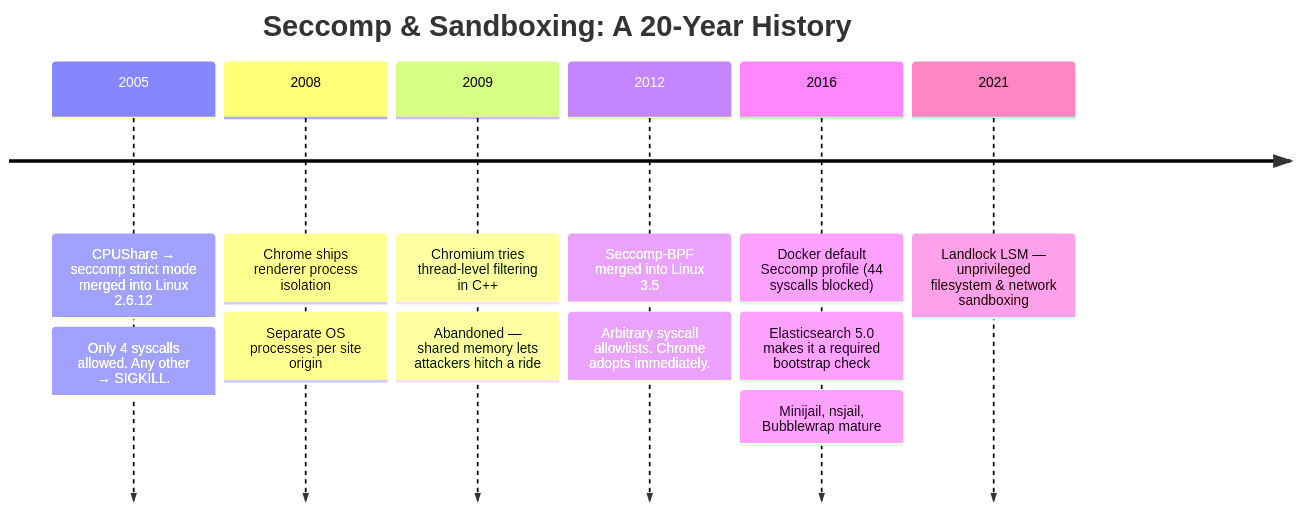
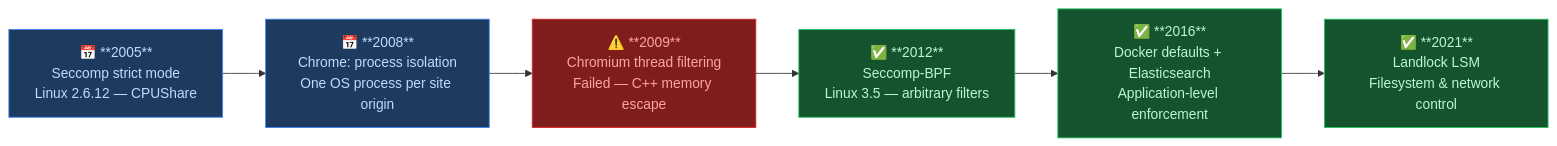
Before and after one commit to Pilleo/mazewall: the first of 2 diagrams in docs/presentation/article0a-history.md, drawn with Mermaid. The commit also changed other lines of this file, not shown here.

Commit message:
docs: improve article0a diagrams — graph LR timeline and sequence attack diagram

````diff
--- a/docs/presentation/article0a-history.md
+++ b/docs/presentation/article0a-history.md
@@ -22,16 +22,30 @@
 ```mermaid
-timeline
-    title Seccomp & Sandboxing: A 20-Year History
-    2005 : CPUShare → seccomp strict mode merged into Linux 2.6.12
-         : Only 4 syscalls allowed. Any other → SIGKILL.
-    2008 : Chrome ships renderer process isolation
-         : Separate OS processes per site origin
-    2009 : Chromium tries thread-level filtering in C++
-         : Abandoned — shared memory lets attackers hitch a ride
-    2012 : Seccomp-BPF merged into Linux 3.5
-         : Arbitrary syscall allowlists. Chrome adopts immediately.
-    2016 : Docker default Seccomp profile (44 syscalls blocked)
-         : Elasticsearch 5.0 makes it a required bootstrap check
-         : Minijail, nsjail, Bubblewrap mature
-    2021 : Landlock LSM — unprivileged filesystem & network sandboxing
+graph LR
+    Y2005["📅 **2005**
+Seccomp strict mode
+Linux 2.6.12 — CPUShare"]
+    Y2008["📅 **2008**
+Chrome: process isolation
+One OS process per site origin"]
+    Y2009["⚠️ **2009**
+Chromium thread filtering
+Failed — C++ memory escape"]
+    Y2012["✅ **2012**
+Seccomp-BPF
+Linux 3.5 — arbitrary filters"]
+    Y2016["✅ **2016**
+Docker defaults + Elasticsearch
+Application-level enforcement"]
+    Y2021["✅ **2021**
+Landlock LSM
+Filesystem & network control"]
+
+    Y2005 --> Y2008 --> Y2009 --> Y2012 --> Y2016 --> Y2021
+
+    style Y2005 fill:#1e3a5f,color:#bfdbfe,stroke:#3b82f6
+    style Y2008 fill:#1e3a5f,color:#bfdbfe,stroke:#3b82f6
+    style Y2009 fill:#7f1d1d,color:#fca5a5,stroke:#dc2626
+    style Y2012 fill:#14532d,color:#bbf7d0,stroke:#22c55e
+    style Y2016 fill:#14532d,color:#bbf7d0,stroke:#22c55e
+    style Y2021 fill:#14532d,color:#bbf7d0,stroke:#22c55e
 ```
````
